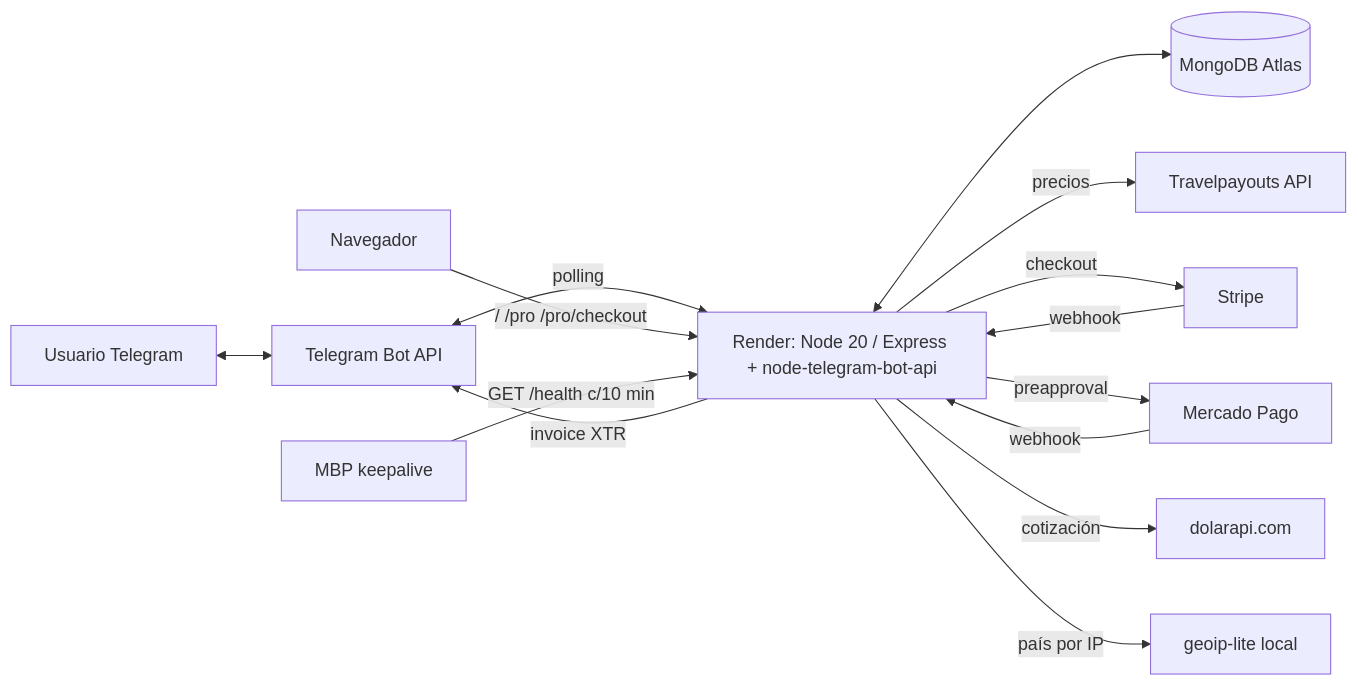
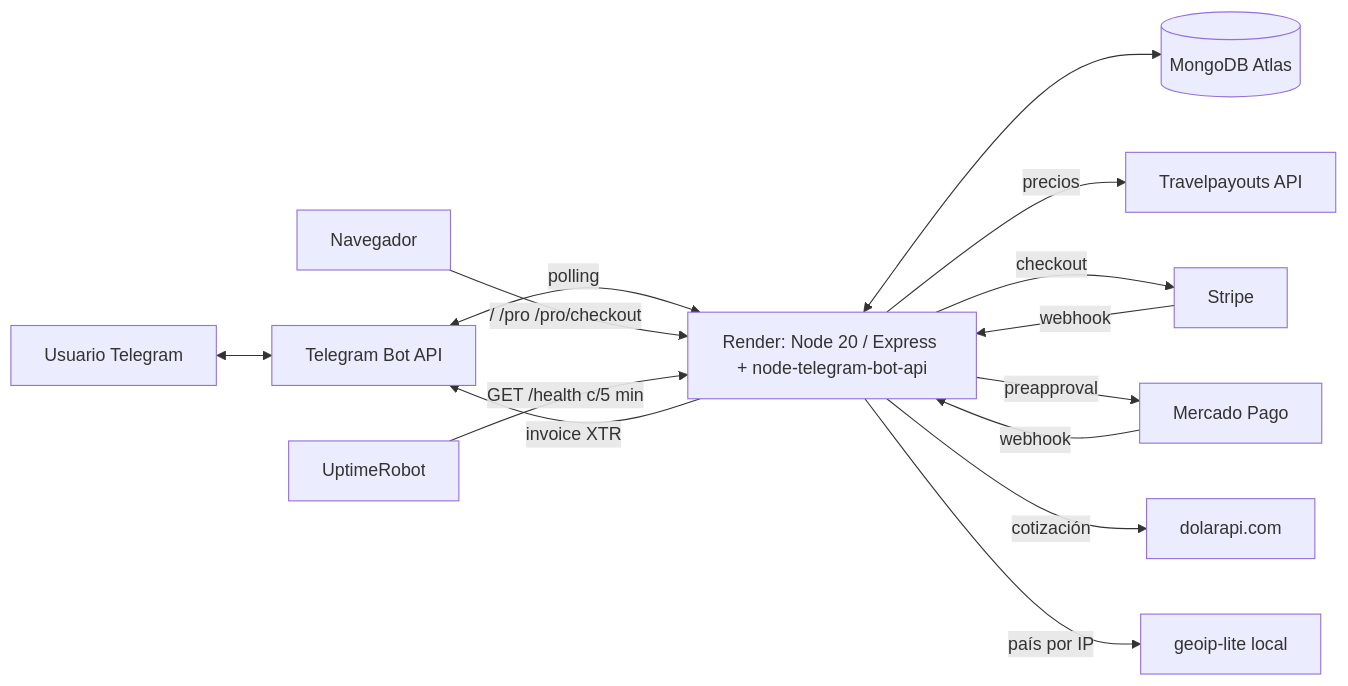
Before and after one commit to RanuK12/flight-alert-public: the diagram in README.md, drawn with Mermaid. The commit also changed 1 other file, not shown here.

Commit message:
docs: UptimeRobot reemplaza el keepalive del MBP

````diff
--- a/README.md
+++ b/README.md
@@ -24,14 +24,14 @@
 ```mermaid
 flowchart LR
   U[Usuario Telegram] <--> TG[Telegram Bot API]
   TG <-->|polling| APP[Render: Node 20 / Express + node-telegram-bot-api]
   W[Navegador] -->|/ /pro /pro/checkout| APP
   APP <--> DB[(MongoDB Atlas)]
   APP -->|precios| TP[Travelpayouts API]
   APP -->|checkout| ST[Stripe] -->|webhook| APP
   APP -->|preapproval| MP[Mercado Pago] -->|webhook| APP
   APP -->|invoice XTR| TG
   APP -->|cotización| FX[dolarapi.com]
   APP -->|país por IP| GEO[geoip-lite local]
-  K[MBP keepalive] -->|GET /health c/10 min| APP
+  K[UptimeRobot] -->|GET /health c/5 min| APP
 ```
````
